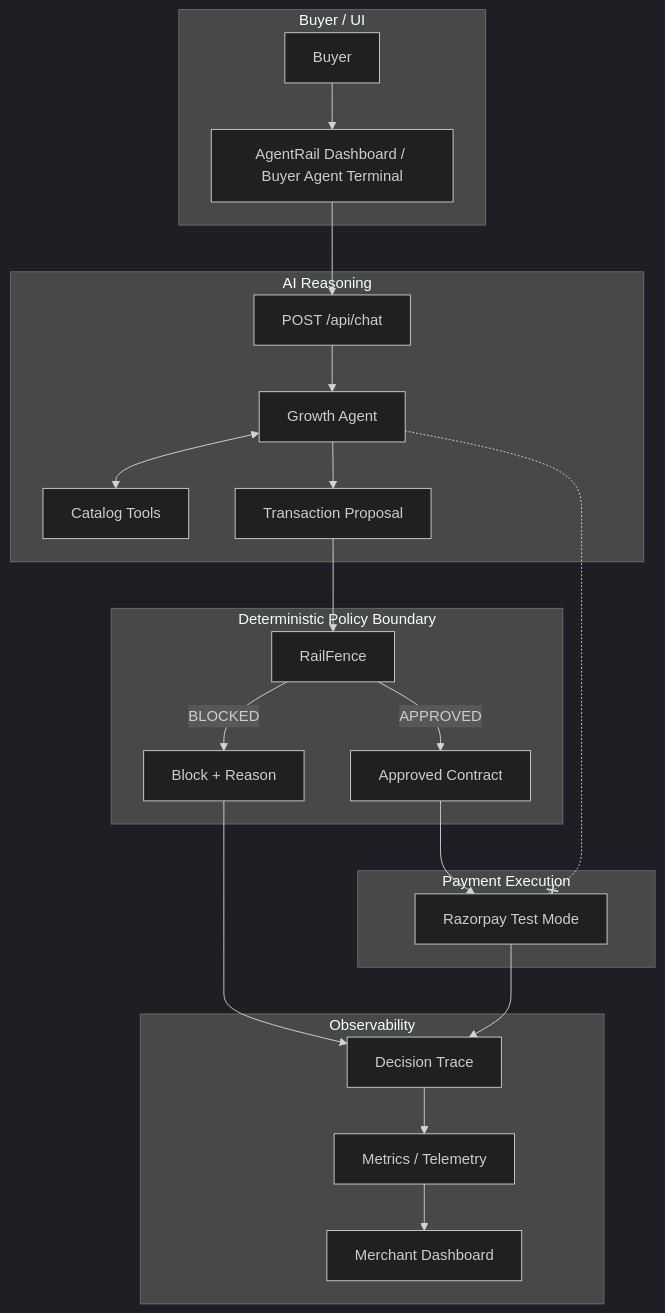
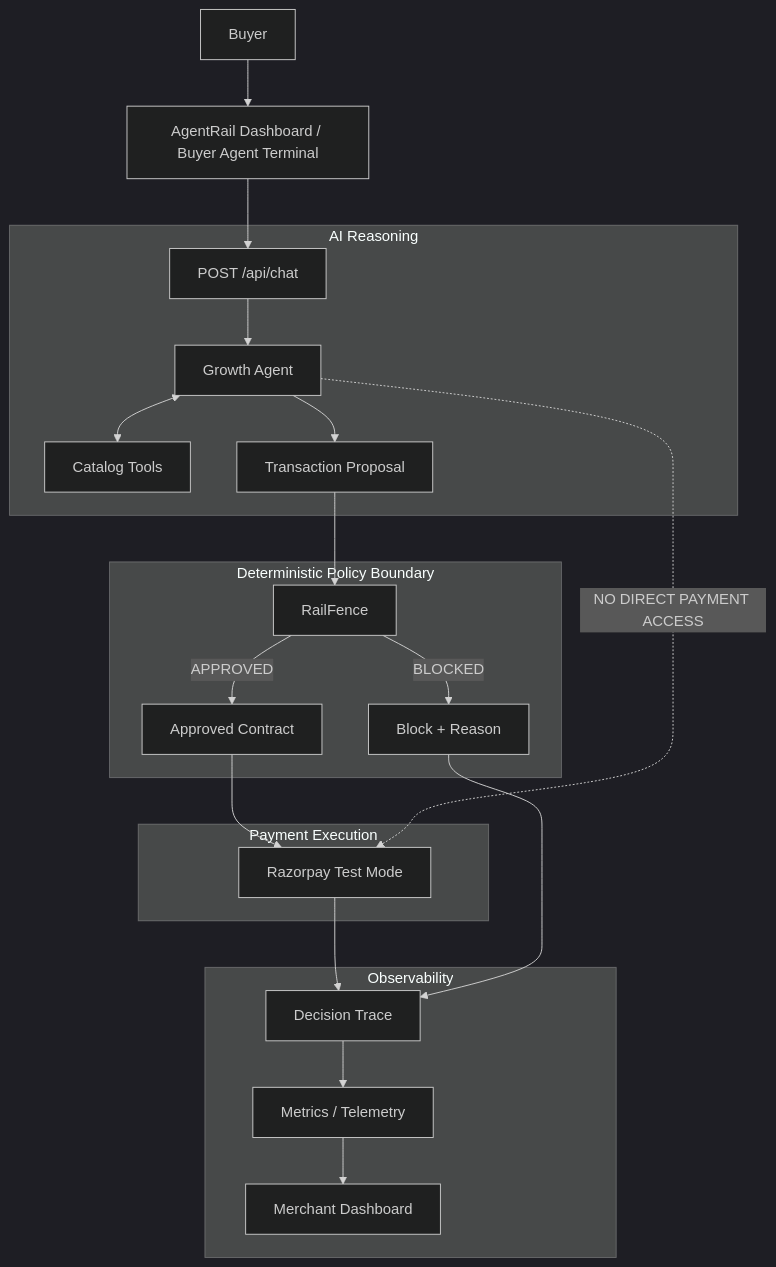
The diagram in README.md (sejal0324/Agentrail), drawn with Mermaid (dark theme) before and after one commit. The commit also changed other lines of this file, not shown here.

Commit message:
docs: finalize concise AgentRail README

````diff
--- a/README.md
+++ b/README.md
@@ -37,34 +25,30 @@
 ```mermaid
 flowchart TD
-    subgraph UI [Buyer / UI]
-        B[Buyer] --> Dash[AgentRail Dashboard / Buyer Agent Terminal]
-    end
-
+    B[Buyer] --> Dash[AgentRail Dashboard / Buyer Agent Terminal]
     Dash --> API[POST /api/chat]
 
     subgraph AI [AI Reasoning]
         API --> GA[Growth Agent]
         GA <--> CT[Catalog Tools]
         GA --> TP[Transaction Proposal]
     end
 
     subgraph Boundary [Deterministic Policy Boundary]
         TP --> RF[RailFence]
-        RF -->|BLOCKED| Block[Block + Reason]
-        RF -->|APPROVED| Appr[Approved Contract]
+        RF -->|APPROVED| AC[Approved Contract]
+        RF -->|BLOCKED| BL[Block + Reason]
     end
 
     subgraph Execution [Payment Execution]
-        Appr --> RP[Razorpay Test Mode]
+        AC --> RP[Razorpay Test Mode]
     end
 
     subgraph Observability [Observability]
-        Block --> TR[Decision Trace]
-        RP --> TR
+        RP --> TR[Decision Trace]
+        BL --> TR
         TR --> TM[Metrics / Telemetry]
         TM --> MD[Merchant Dashboard]
     end
 
-    %% Ensure it's visually obvious GA cannot bypass RF
-    GA -.-x RP
+    GA -.->|NO DIRECT PAYMENT ACCESS| RP
 ```
````
